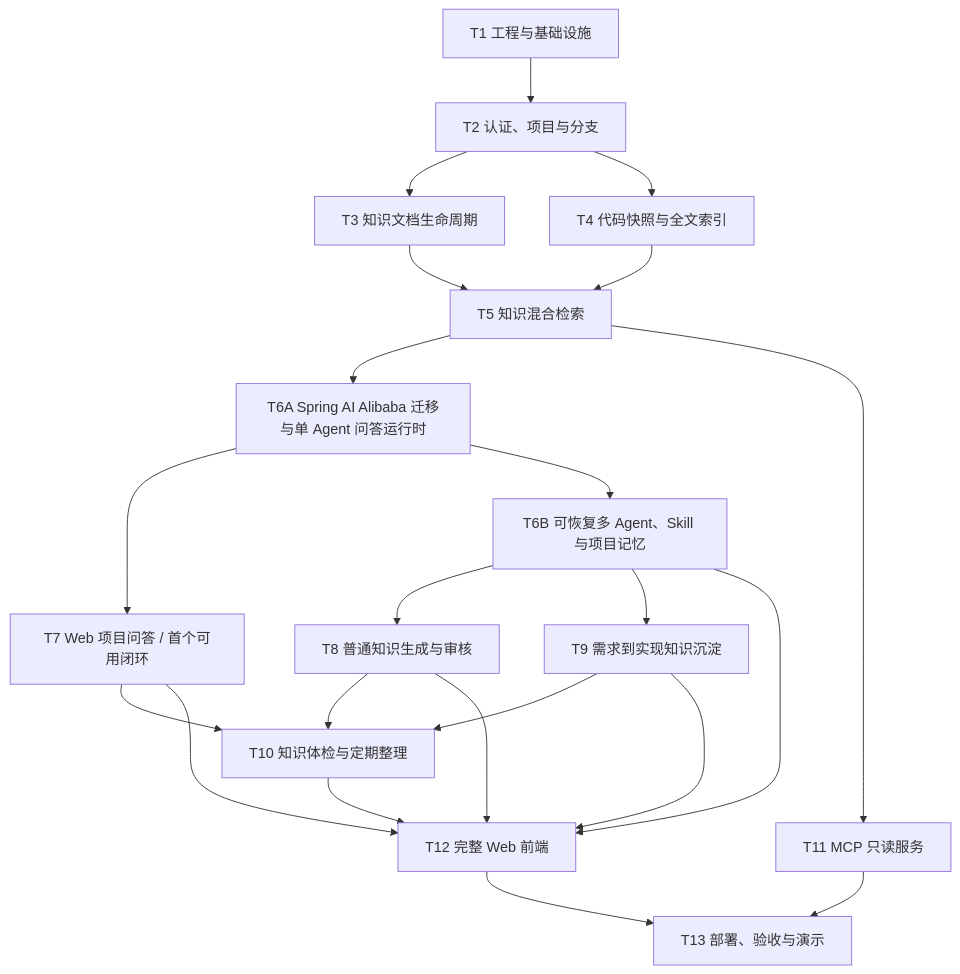
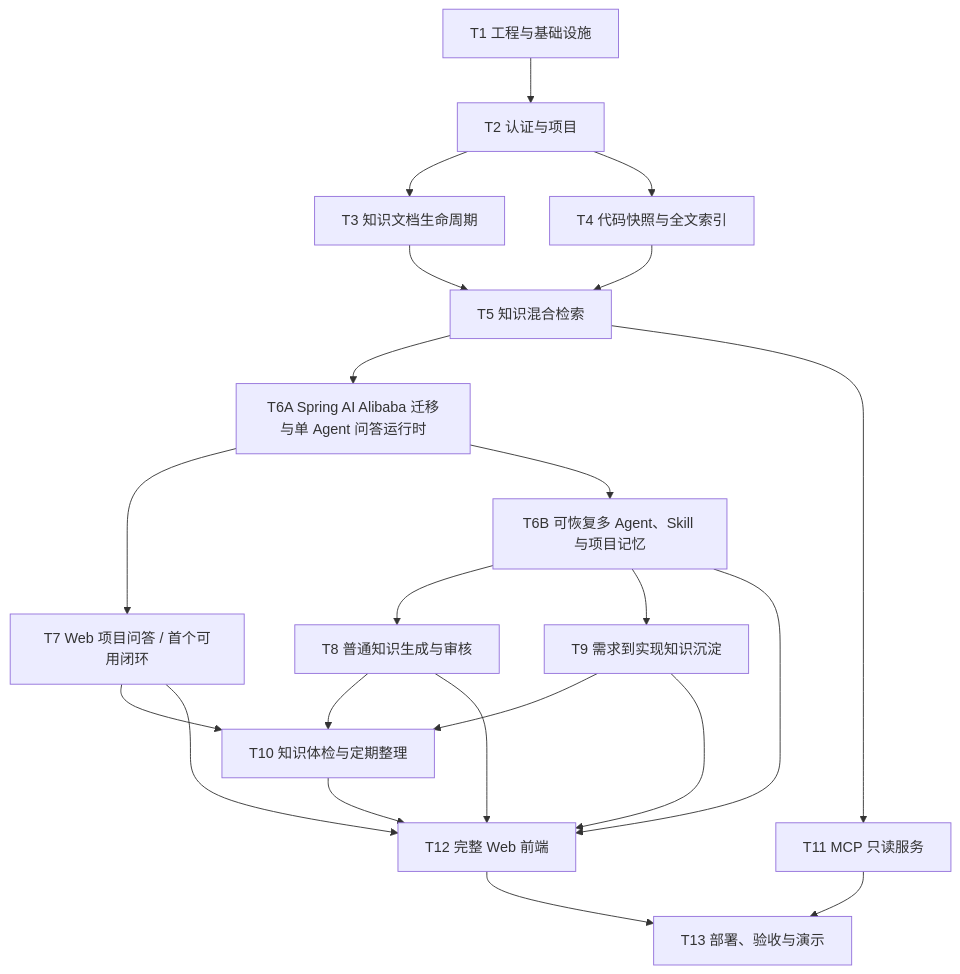
Before and after one commit to dztyykxx/LoreDock: the diagram in docs/product/LoreDock_MVP功能开发计划.md, drawn with Mermaid. The commit also changed other lines of this file and 57 other files, not shown here.

````diff
--- a/docs/product/LoreDock_MVP功能开发计划.md
+++ b/docs/product/LoreDock_MVP功能开发计划.md
@@ -31,24 +31,24 @@
 ```mermaid
 flowchart TD
-    T1["T1 工程与基础设施"] --> T2["T2 认证、项目与分支"]
+    T1["T1 工程与基础设施"] --> T2["T2 认证与项目"]
     T2 --> T3["T3 知识文档生命周期"]
     T2 --> T4["T4 代码快照与全文索引"]
     T3 --> T5["T5 知识混合检索"]
     T4 --> T5
     T5 --> T6A["T6A Spring AI Alibaba 迁移与单 Agent 问答运行时"]
     T6A --> T7["T7 Web 项目问答 / 首个可用闭环"]
     T6A --> T6B["T6B 可恢复多 Agent、Skill 与项目记忆"]
     T6B --> T8["T8 普通知识生成与审核"]
     T6B --> T9["T9 需求到实现知识沉淀"]
     T7 --> T10["T10 知识体检与定期整理"]
     T8 --> T10
     T9 --> T10
     T5 --> T11["T11 MCP 只读服务"]
     T7 --> T12["T12 完整 Web 前端"]
     T8 --> T12
     T9 --> T12
     T10 --> T12
     T6B --> T12
     T11 --> T13["T13 部署、验收与演示"]
     T12 --> T13
 ```
````
